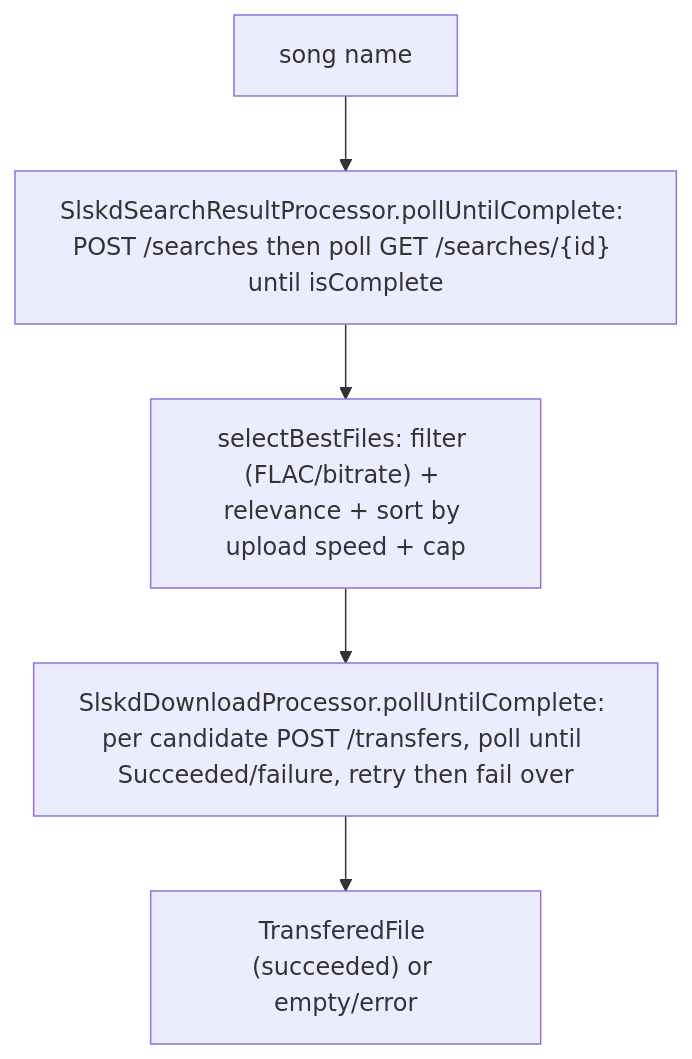
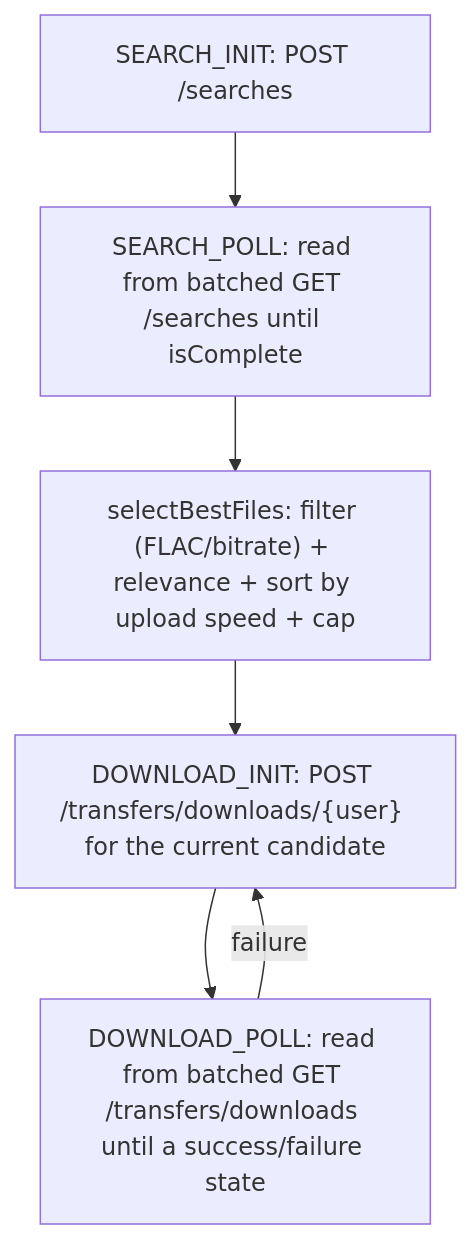
One commit to catacomb5099/naviseerr changed the diagram in docs/architecture/slskd-integration.md. Above: the diagram before and after it, drawn with Mermaid. The commit also changed other lines of this file and 12 other files, not shown here.

````diff
--- a/docs/architecture/slskd-integration.md
+++ b/docs/architecture/slskd-integration.md
@@ -9,7 +11,8 @@
 ```mermaid
 flowchart TD
-    q["song name"] --> search["SlskdSearchResultProcessor.pollUntilComplete: POST /searches then poll GET /searches/{id} until isComplete"]
-    search --> select["selectBestFiles: filter (FLAC/bitrate) + relevance + sort by upload speed + cap"]
-    select --> dl["SlskdDownloadProcessor.pollUntilComplete: per candidate POST /transfers, poll until Succeeded/failure, retry then fail over"]
-    dl --> tf["TransferedFile (succeeded) or empty/error"]
+    a["SEARCH_INIT: POST /searches"] --> b["SEARCH_POLL: read from batched GET /searches until isComplete"]
+    b --> c["selectBestFiles: filter (FLAC/bitrate) + relevance + sort by upload speed + cap"]
+    c --> d["DOWNLOAD_INIT: POST /transfers/downloads/{user} for the current candidate"]
+    d --> e["DOWNLOAD_POLL: read from batched GET /transfers/downloads until a success/failure state"]
+    e -->|failure| d
 ```
````
